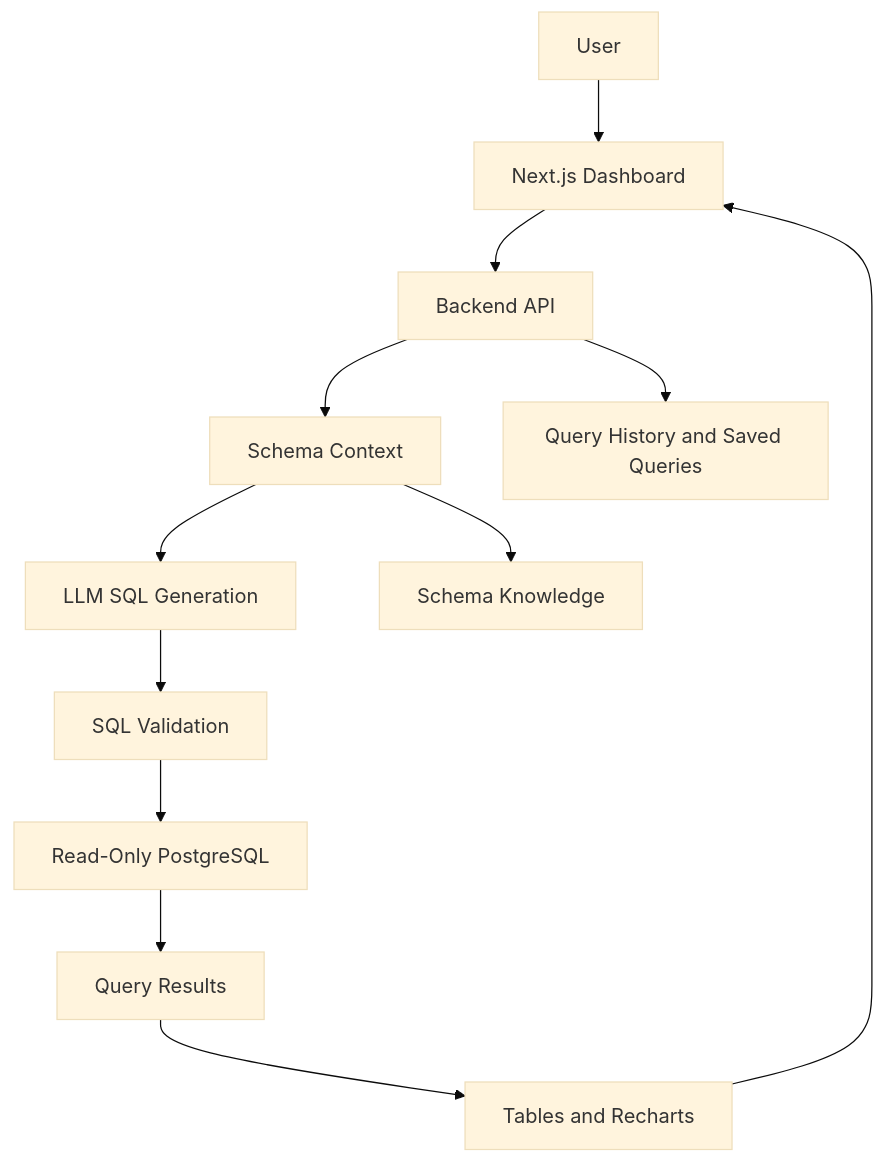
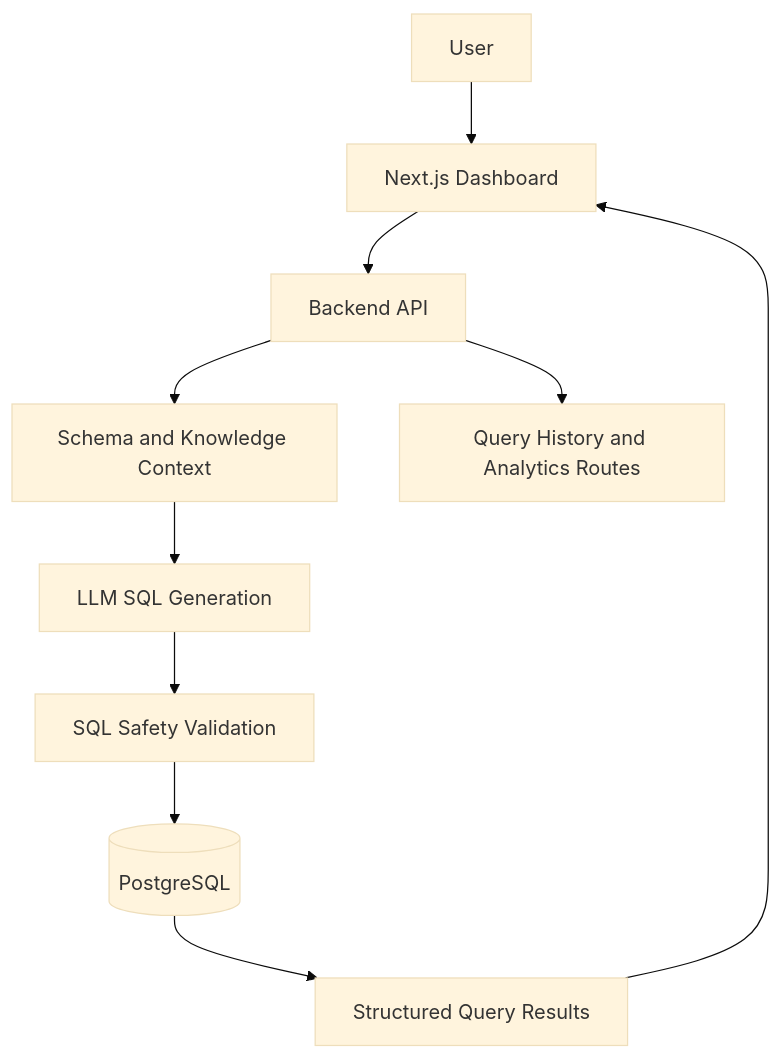
One commit to Gautam0804/QueryMind changed the diagram in frontend/README.md. Above: the diagram before and after it, drawn with Mermaid (base theme). The commit also changed other lines of this file and 1 other file, not shown here.

Commit message:
docs: update project roadmap

````diff
--- a/frontend/README.md
+++ b/frontend/README.md
@@ -165,14 +69,12 @@
 ```mermaid
 flowchart TD
-    A[User] --> B[Next.js Dashboard]
-    B --> C[Backend API]
-    C --> D[Schema Context]
-    D --> E[LLM SQL Generation]
-    E --> F[SQL Validation]
-    F --> G[Read-Only PostgreSQL]
-    G --> H[Query Results]
-    H --> I[Tables and Recharts]
-    I --> B
-    C --> J[Query History and Saved Queries]
-    D --> K[Schema Knowledge]
+    U[User] --> F[Next.js Dashboard]
+    F --> A[Backend API]
+    A --> S[Schema and Knowledge Context]
+    S --> L[LLM SQL Generation]
+    L --> V[SQL Safety Validation]
+    V --> D[(PostgreSQL)]
+    D --> R[Structured Query Results]
+    R --> F
+    A --> H[Query History and Analytics Routes]
 ```
````
